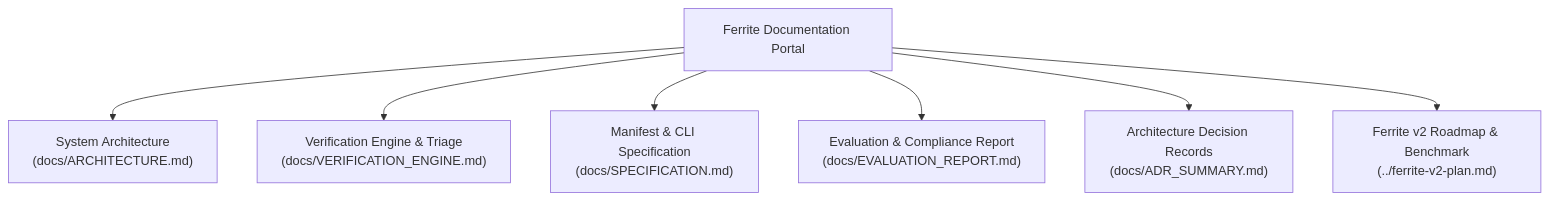
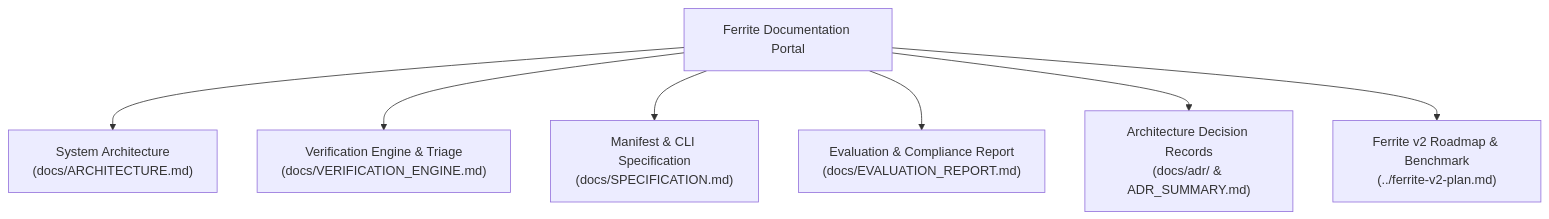
The diagram in docs/README.md (DGP2020/ferrite), drawn with Mermaid before and after one commit. The commit also changed other lines of this file and 16 other files, not shown here.

````diff
--- a/docs/README.md
+++ b/docs/README.md
@@ -11,11 +11,11 @@
 ```mermaid
 flowchart TD
     PORTAL["Ferrite Documentation Portal"]
     
     PORTAL --> ARCH["System Architecture<br/>(docs/ARCHITECTURE.md)"]
     PORTAL --> VERIF["Verification Engine &amp; Triage<br/>(docs/VERIFICATION_ENGINE.md)"]
     PORTAL --> SPEC["Manifest &amp; CLI Specification<br/>(docs/SPECIFICATION.md)"]
     PORTAL --> EVAL["Evaluation &amp; Compliance Report<br/>(docs/EVALUATION_REPORT.md)"]
-    PORTAL --> ADR["Architecture Decision Records<br/>(docs/ADR_SUMMARY.md)"]
+    PORTAL --> ADR["Architecture Decision Records<br/>(docs/adr/ &amp; ADR_SUMMARY.md)"]
     PORTAL --> PLAN["Ferrite v2 Roadmap &amp; Benchmark<br/>(../ferrite-v2-plan.md)"]
 ```
````
